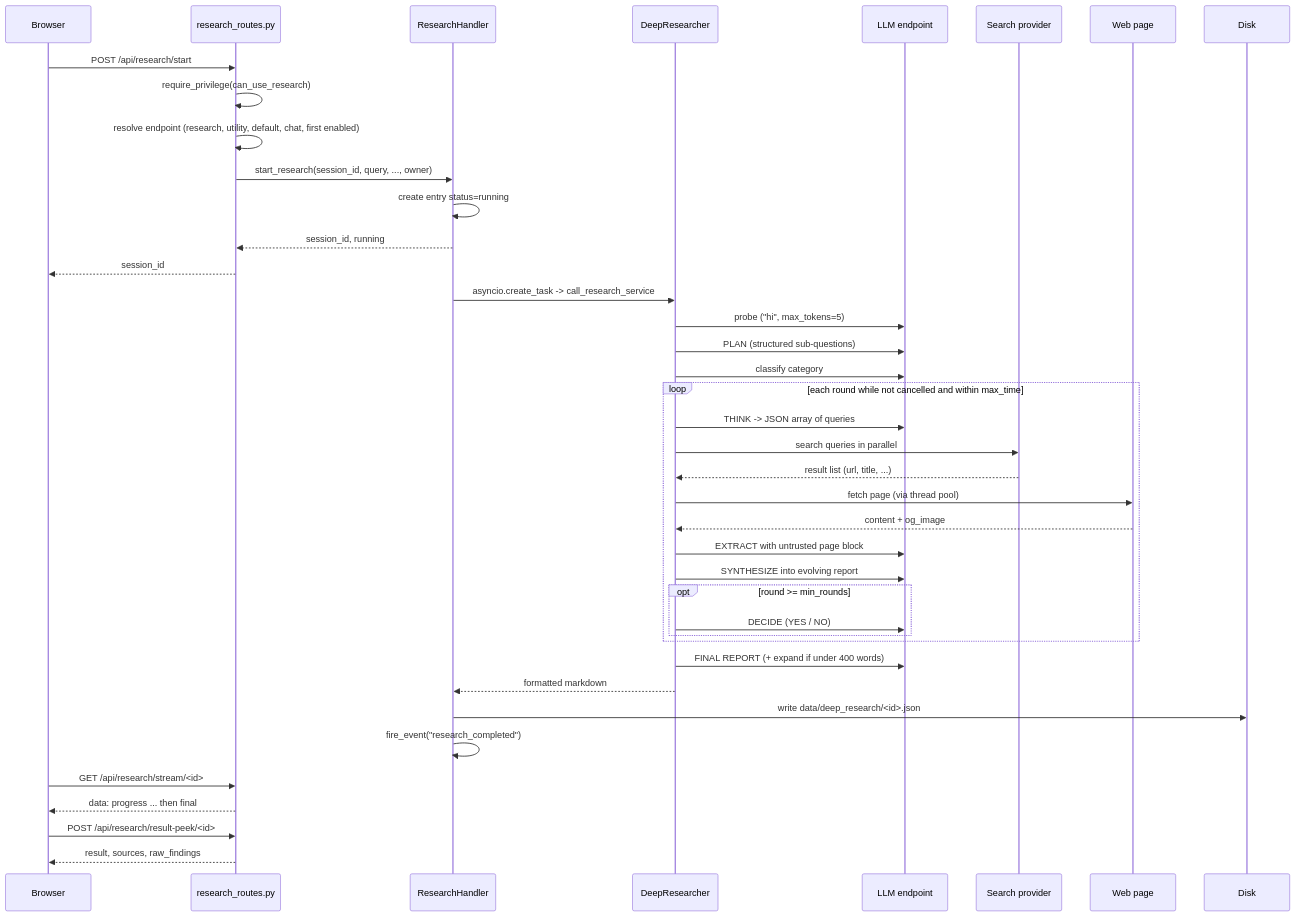
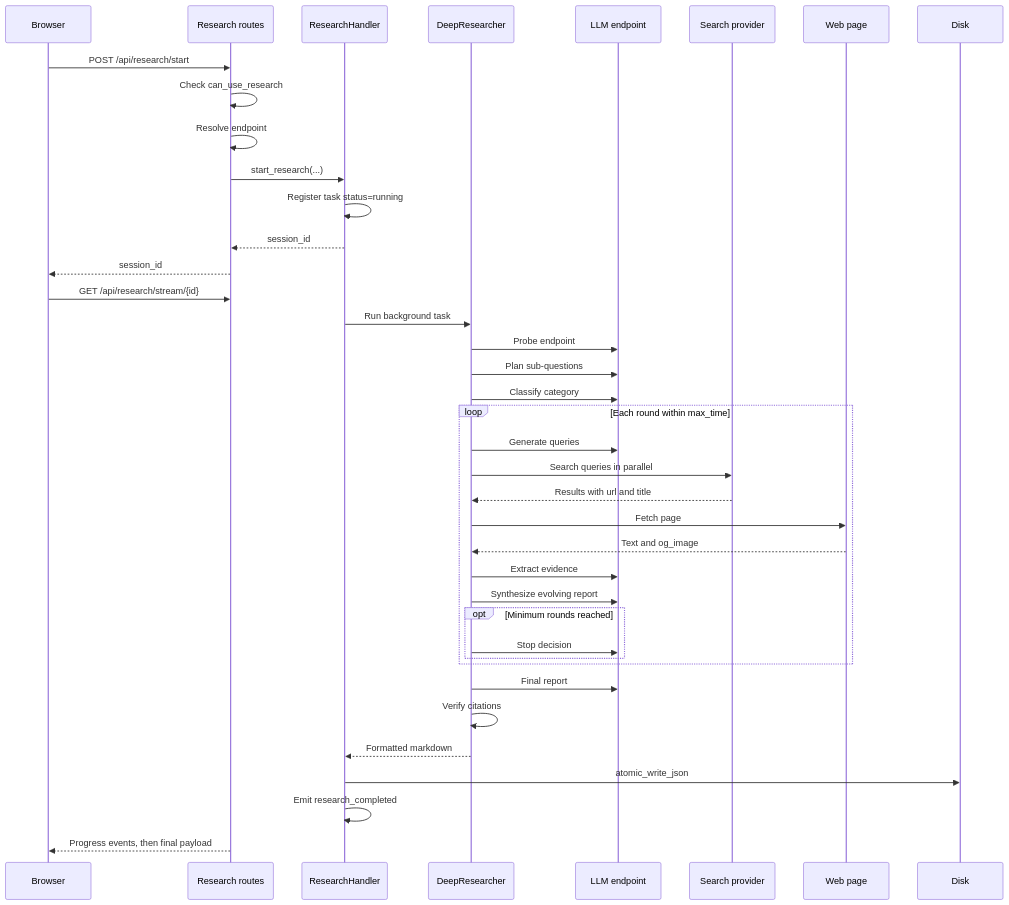
The second of 5 diagrams in content/docs/modules/research.mdx (yash-dev007/Zephyrus_WEB), drawn with Mermaid before and after one commit. The commit also changed other lines of this file, not shown here.

Commit message:
Rewrite Deep Research module documentation

````diff
--- a/content/docs/modules/research.mdx
+++ b/content/docs/modules/research.mdx
@@ -117,43 +171,42 @@
 ```mermaid
 sequenceDiagram
     participant UI as Browser
-    participant R as research_routes.py
+    participant R as Research routes
     participant H as ResearchHandler
     participant E as DeepResearcher
     participant L as LLM endpoint
     participant S as Search provider
     participant W as Web page
     participant D as Disk
 
     UI->>R: POST /api/research/start
-    R->>R: require_privilege(can_use_research)
-    R->>R: resolve endpoint (research, utility, default, chat, first enabled)
-    R->>H: start_research(session_id, query, ..., owner)
-    H->>H: create entry status=running
-    H-->>R: session_id, running
+    R->>R: Check can_use_research
+    R->>R: Resolve endpoint
+    R->>H: start_research(...)
+    H->>H: Register task status=running
+    H-->>R: session_id
     R-->>UI: session_id
-    H->>E: asyncio.create_task -> call_research_service
-    E->>L: probe ("hi", max_tokens=5)
-    E->>L: PLAN (structured sub-questions)
-    E->>L: classify category
-    loop each round while not cancelled and within max_time
-        E->>L: THINK -> JSON array of queries
-        E->>S: search queries in parallel
-        S-->>E: result list (url, title, ...)
-        E->>W: fetch page (via thread pool)
-        W-->>E: content + og_image
-        E->>L: EXTRACT with untrusted page block
-        E->>L: SYNTHESIZE into evolving report
-        opt round >= min_rounds
-            E->>L: DECIDE (YES / NO)
+    UI->>R: GET /api/research/stream/{id}
+    H->>E: Run background task
+    E->>L: Probe endpoint
+    E->>L: Plan sub-questions
+    E->>L: Classify category
+    loop Each round within max_time
+        E->>L: Generate queries
+        E->>S: Search queries in parallel
+        S-->>E: Results with url and title
+        E->>W: Fetch page
+        W-->>E: Text and og_image
+        E->>L: Extract evidence
+        E->>L: Synthesize evolving report
+        opt Minimum rounds reached
+            E->>L: Stop decision
         end
     end
-    E->>L: FINAL REPORT (+ expand if under 400 words)
-    E-->>H: formatted markdown
-    H->>D: write data/deep_research/<id>.json
-    H->>H: fire_event("research_completed")
-    UI->>R: GET /api/research/stream/<id>
-    R-->>UI: data: progress ... then final
-    UI->>R: POST /api/research/result-peek/<id>
-    R-->>UI: result, sources, raw_findings
+    E->>L: Final report
+    E->>E: Verify citations
+    E-->>H: Formatted markdown
+    H->>D: atomic_write_json
+    H->>H: Emit research_completed
+    R-->>UI: Progress events, then final payload
 ```
````
